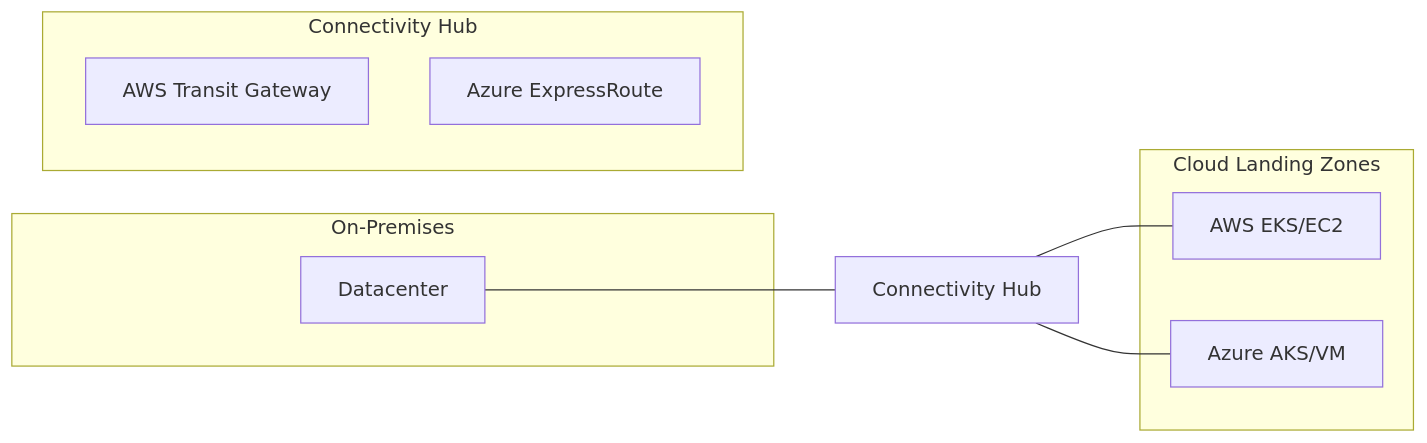
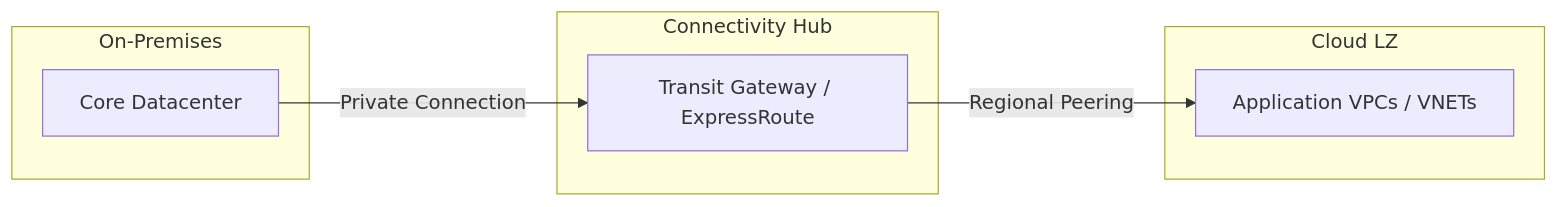
Before and after one commit to Devopstrio/hybrid-landingzone: the second of 10 diagrams in README.md, drawn with Mermaid. The commit also changed other lines of this file, not shown here.

Commit message:
docs: upgrade README to institutional-grade reference architecture style

````diff
--- a/README.md
+++ b/README.md
@@ -70,20 +93,14 @@
 ```mermaid
 graph LR
     subgraph "On-Premises"
-        DC[Datacenter]
+        DC[Core Datacenter]
     end
-
     subgraph "Connectivity Hub"
-        TGW[AWS Transit Gateway]
-        ER[Azure ExpressRoute]
+        TGW[Transit Gateway / ExpressRoute]
     end
-
-    subgraph "Cloud Landing Zones"
-        AWS_LZ[AWS EKS/EC2]
-        AZ_LZ[Azure AKS/VM]
+    subgraph "Cloud LZ"
+        VPC[Application VPCs / VNETs]
     end
-
-    DC --- ConnectivityHub[Connectivity Hub]
-    ConnectivityHub --- AWS_LZ
-    ConnectivityHub --- AZ_LZ
+    DC -- "Private Connection" --> TGW
+    TGW -- "Regional Peering" --> VPC
 ```
````
